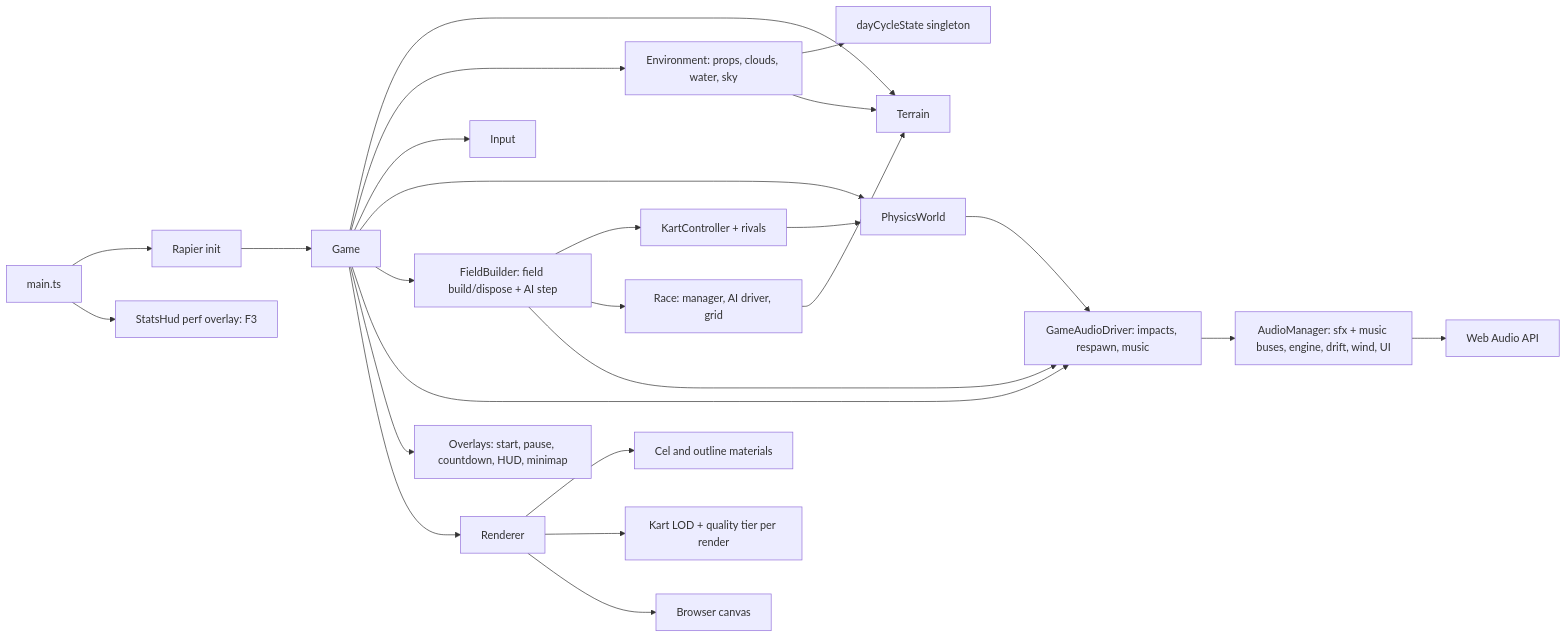
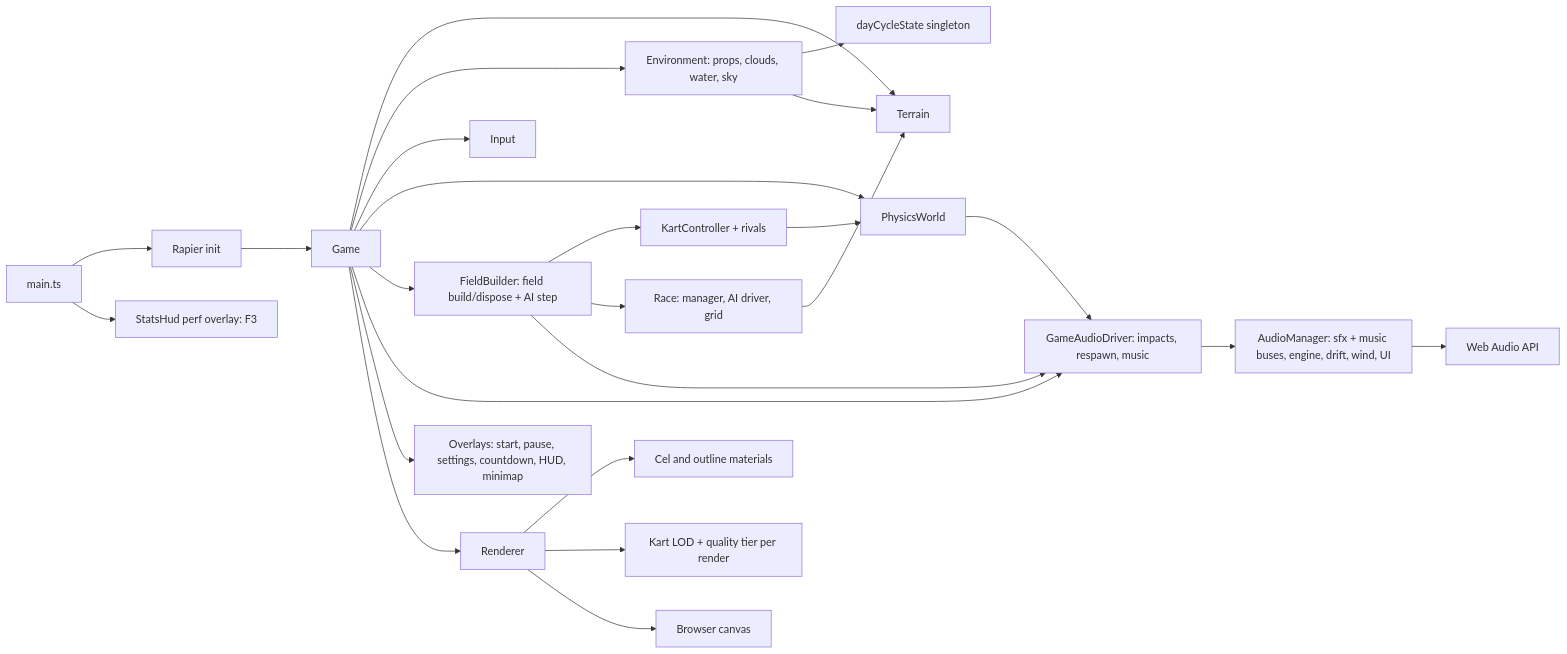
One commit to jjgroenendijk/cart-game changed the diagram in AGENTS.md. Above: the diagram before and after it, drawn with Mermaid.

Commit message:
docs(agents): note settings overlay in runtime flow UI list
Context
The SettingsOverlay landed as a new UI overlay (012 commit 6). The runtime
flow UI line listed start/pause/countdown/HUD/minimap but not settings, and
~1000 more LOC changed since the last root AGENTS.md touch.

Change
Add "settings" to the UI overlays node in the root AGENTS.md runtime flow.
Resets the 1000-LOC governance counter.

Impact/Risk
Docs only; no code or behavior change.

````diff
--- a/AGENTS.md
+++ b/AGENTS.md
@@ -23,27 +23,27 @@
 ```mermaid
 flowchart LR
   main[main.ts] --> rapier[Rapier init]
   rapier --> game[Game]
   game --> terrain[Terrain]
   game --> env[Environment: props, clouds, water, sky]
   env --> dayCycle[dayCycleState singleton]
   env --> terrain
   game --> input[Input]
   game --> physics[PhysicsWorld]
   game --> field[FieldBuilder: field build/dispose + AI step]
   field --> kart[KartController + rivals]
   field --> race[Race: manager, AI driver, grid]
   kart --> physics
   race --> terrain
   game --> gameAudio[GameAudioDriver: impacts, respawn, music]
   field --> gameAudio
   physics --> gameAudio
   gameAudio --> audio[AudioManager: sfx + music buses, engine, drift, wind, UI]
   audio --> webaudio[Web Audio API]
-  game --> ui[Overlays: start, pause, countdown, HUD, minimap]
+  game --> ui[Overlays: start, pause, settings, countdown, HUD, minimap]
   game --> renderer[Renderer]
   renderer --> materials[Cel and outline materials]
   renderer --> lod[Kart LOD + quality tier per render]
   renderer --> canvas[Browser canvas]
   main --> statsHud[StatsHud perf overlay: F3]
 ```
````
